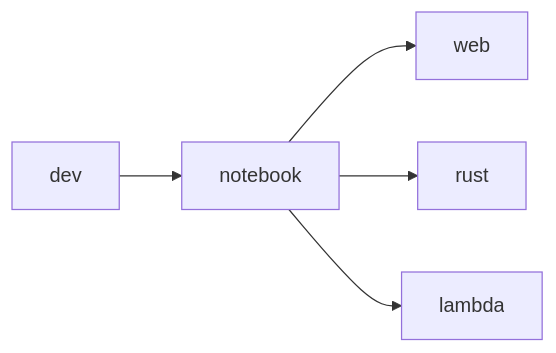
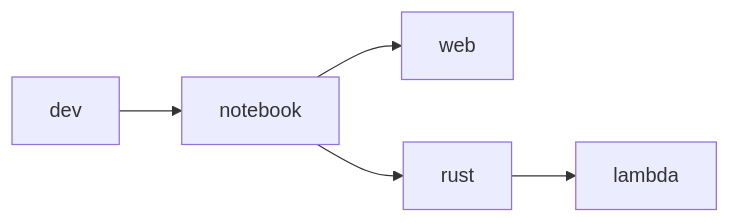
One commit to jhwohlgemuth/my-virtual-machine-setup changed the diagram in dev-with-containers/README.md. Above: the diagram before and after it, drawn with Mermaid. The commit also changed other lines of this file, not shown here.

Commit message:
fix(docs): Broken links, wrong graph, wrong port

````diff
--- a/dev-with-containers/README.md
+++ b/dev-with-containers/README.md
@@ -61,7 +61,7 @@
 ```mermaid
 graph LR
     dev --> notebook
     notebook --> web
     notebook --> rust
-    notebook --> lambda
+    rust --> lambda
 ```
````
